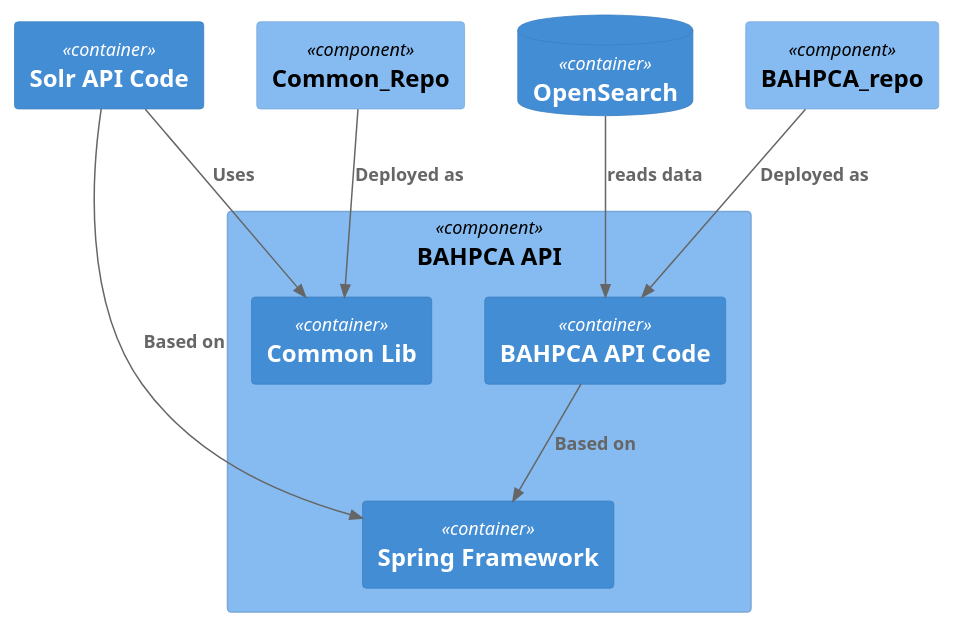
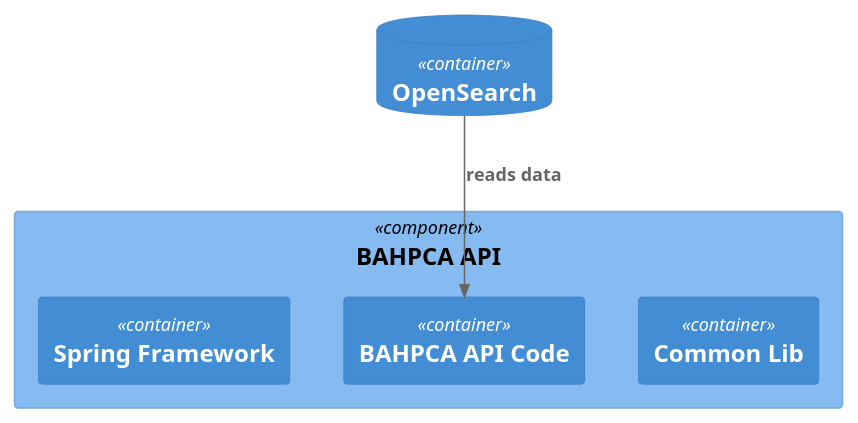
Before and after one commit to brunasti/icepanel-tools: the diagram in docs/icePanel-C4-output-3-BAHPCA API.puml, drawn with PlantUML. The commit also changed 39 other files, not shown here.

```diff
--- a/docs/icePanel-C4-output-3-BAHPCA API.puml
+++ b/docs/icePanel-C4-output-3-BAHPCA API.puml
@@ -1,42 +1,34 @@
 @startuml
 'https://plantuml.com/class-diagram
 ' CONVERT ICEPANEL DIAGRAM ===========
 ' Converter          : it.brunasti.icepanel.tools.IcePanelToPlantUmlConverter
-' IcePanel JSON File : [./src/test/resources/icepanel-plain.json]
+' IcePanel JSON File : [./src/test/resources/icepanel-structured.json]
 ' Configuration      : [./docs/config.json]
-' Generated at       : Wed Apr 10 10:08:21 CEST 2024
+' Generated at       : Wed Apr 10 11:28:48 CEST 2024
 
 !include https://raw.githubusercontent.com/plantuml-stdlib/C4-PlantUML/master/C4_Context.puml
 !include https://raw.githubusercontent.com/plantuml-stdlib/C4-PlantUML/master/C4_Component.puml
 
 
 ' Include         : [./docs/include.txt] ---------
 hide empty members
 ' Include end     : --------------------------
 
 
 Component(4teQrlbMUj5LLqxdVcPK, "BAHPCA API", "" ) { 
     ' CLASSES =======
     Container(DqaxYHtWGYqlWeYgZkyP, "Common Lib", "", "" )
     Container(Nr2rq32hBezwoAGeNT2U, "BAHPCA API Code", "", "" )
     Container(JOCj92Vc2CEAUN8hquBI, "Spring Framework", "", "" )
 }
 
 
 ' NEIGHBOR CLASSES =======
 ContainerDb(MzZVLTUQ74KbySVwdHfZ, "OpenSearch", "", "" )
-Container(Vg8nvjzPDirSBRjT8K3Q, "Solr API Code", "", "" )
-Component(DzQ4VPgJYKxSkilz6snk, "BAHPCA_repo", "" )
-Component(6uyz5GXgHFSVjrwIwRKC, "Common_Repo", "" )
 
 
 ' CONNECTIONS =======
-Rel(DzQ4VPgJYKxSkilz6snk, Nr2rq32hBezwoAGeNT2U, "Deployed as" )
-Rel(Vg8nvjzPDirSBRjT8K3Q, DqaxYHtWGYqlWeYgZkyP, "Uses" )
 Rel(MzZVLTUQ74KbySVwdHfZ, Nr2rq32hBezwoAGeNT2U, "reads data" )
-Rel(Vg8nvjzPDirSBRjT8K3Q, JOCj92Vc2CEAUN8hquBI, "Based on" )
-Rel(Nr2rq32hBezwoAGeNT2U, JOCj92Vc2CEAUN8hquBI, "Based on" )
-Rel(6uyz5GXgHFSVjrwIwRKC, DqaxYHtWGYqlWeYgZkyP, "Deployed as" )
 
 
 @enduml
```
